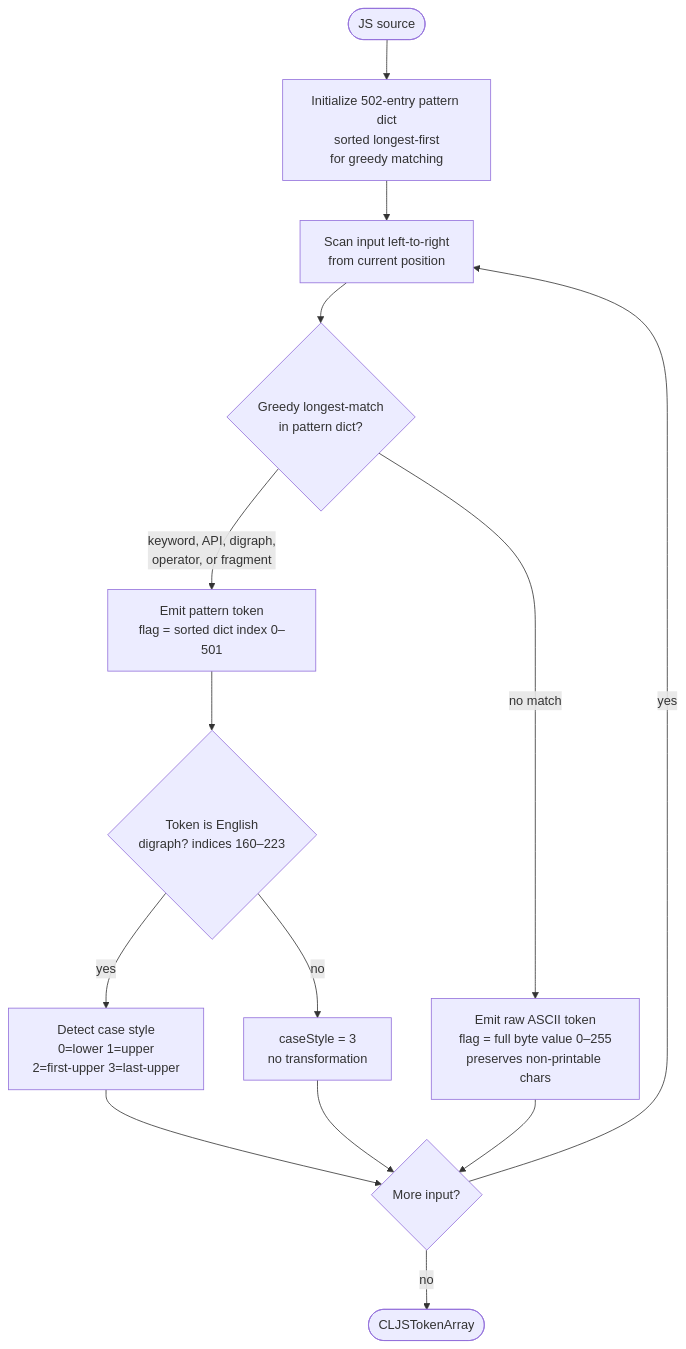
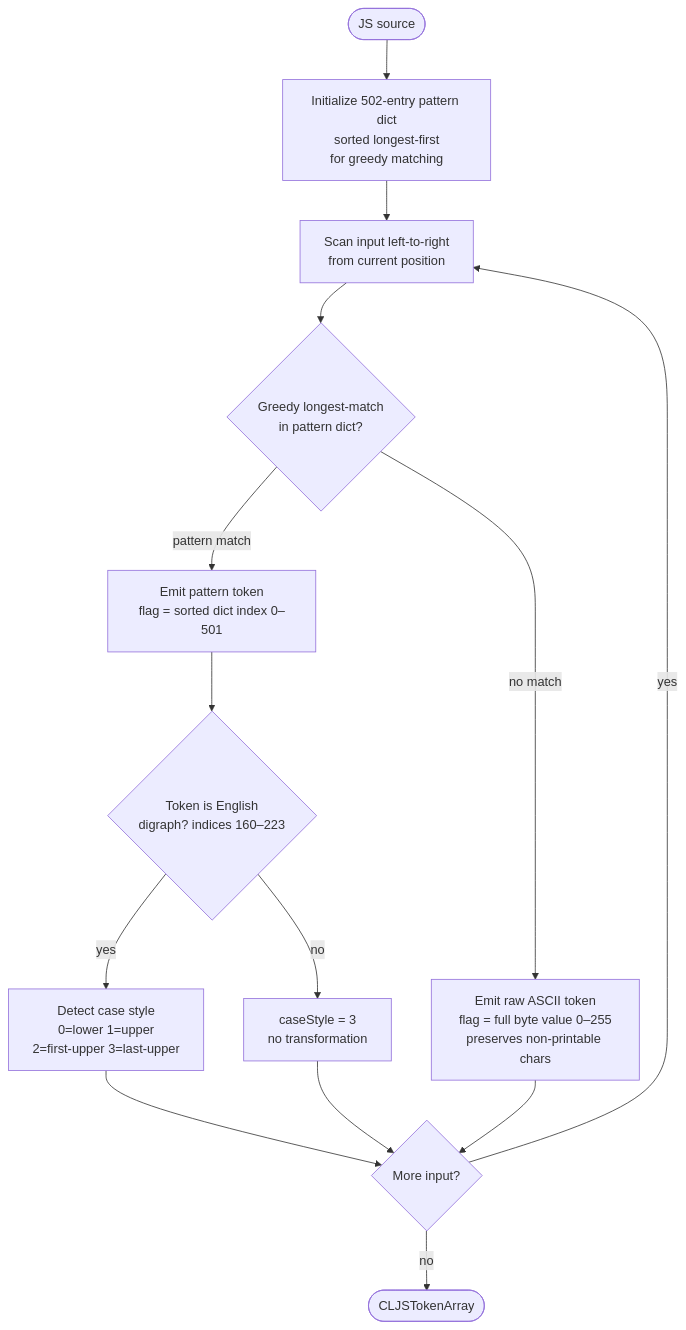
Before and after one commit to yk001nul/htmlcodec-c: the sixth of 9 diagrams in README.md, drawn with Mermaid. The commit also changed other lines of this file, not shown here.

First line of the commit message:
Fix Mermaid parse errors in codec flowchart diagrams

````diff
--- a/README.md
+++ b/README.md
@@ -503,16 +502,16 @@
 ```mermaid
 flowchart TD
     A([JS source]) --> B[Initialize 502-entry pattern dict\nsorted longest-first\nfor greedy matching]
     B --> C[Scan input left-to-right\nfrom current position]
     C --> D{Greedy longest-match\nin pattern dict?}
-    D -->|keyword, API, digraph,\noperator, or fragment| E[Emit pattern token\nflag = sorted dict index 0–501]
+    D -->|pattern match| E[Emit pattern token\nflag = sorted dict index 0–501]
     D -->|no match| F[Emit raw ASCII token\nflag = full byte value 0–255\npreserves non-printable chars]
     E --> G{Token is English\ndigraph? indices 160–223}
     G -->|yes| H[Detect case style\n0=lower 1=upper\n2=first-upper 3=last-upper]
     G -->|no| I[caseStyle = 3\nno transformation]
     H --> J{More input?}
     I --> J
     F --> J
     J -->|yes| C
     J -->|no| K([CLJSTokenArray])
 ```
````
